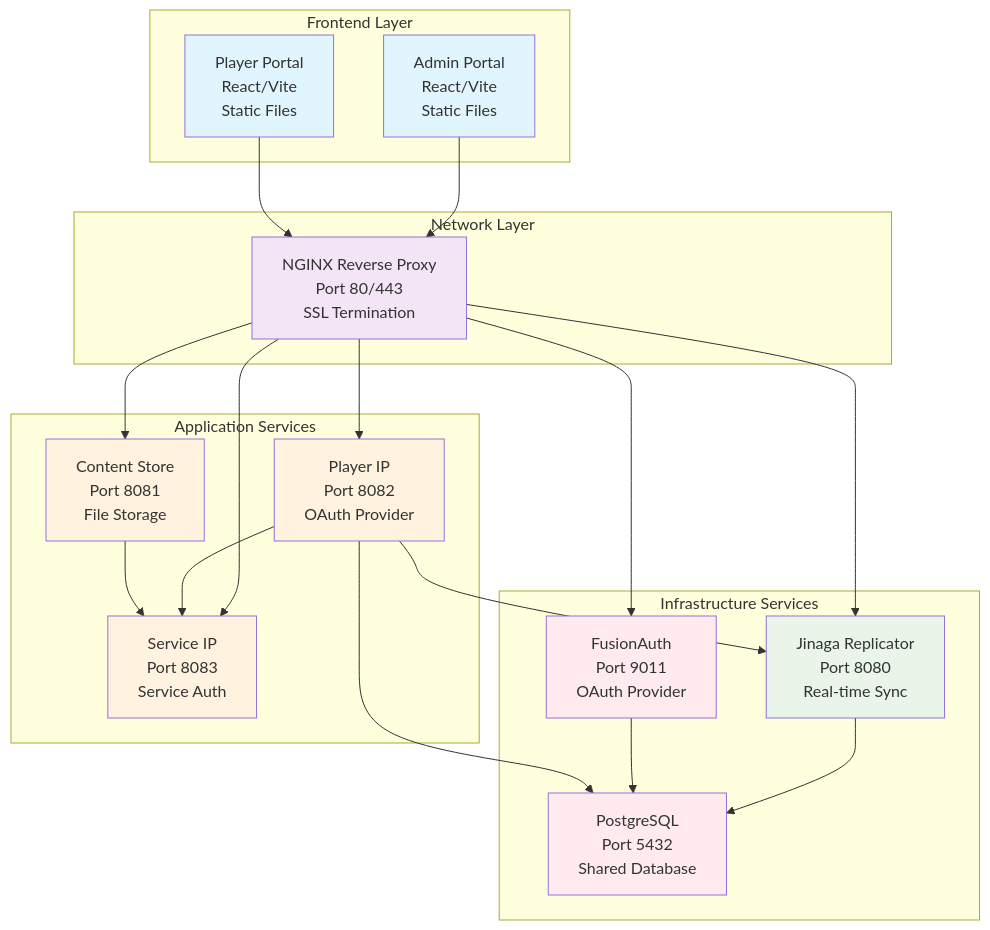
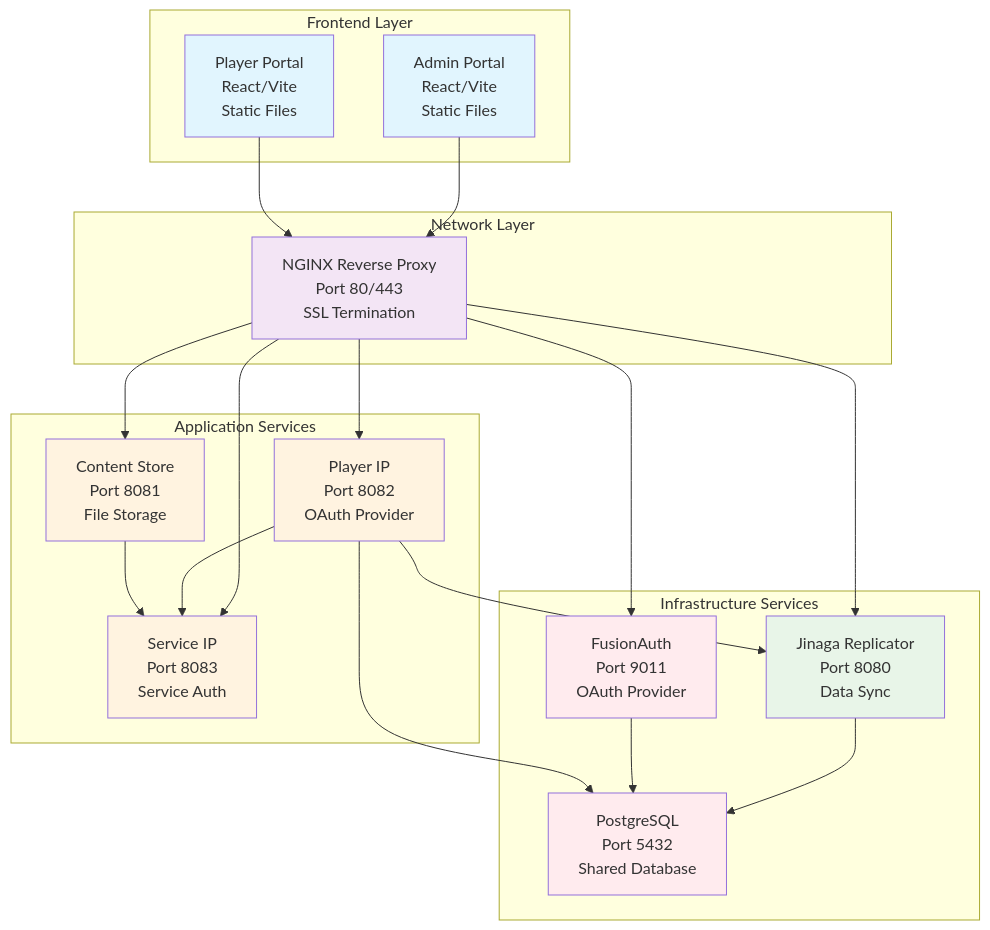
The first of 2 diagrams in docs/getting-started/02-architecture-overview.md (michaellperry/gamehub), drawn with Mermaid before and after one commit. The commit also changed other lines of this file and 23 other files, not shown here.

````diff
--- a/docs/getting-started/02-architecture-overview.md
+++ b/docs/getting-started/02-architecture-overview.md
@@ -48,50 +48,50 @@
 ```mermaid
 graph TD
     subgraph "Frontend Layer"
         A[Admin Portal<br/>React/Vite<br/>Static Files]
         B[Player Portal<br/>React/Vite<br/>Static Files]
     end
     
     subgraph "Network Layer"
         C[NGINX Reverse Proxy<br/>Port 80/443<br/>SSL Termination]
     end
     
     subgraph "Application Services"
         D[Player IP<br/>Port 8082<br/>OAuth Provider]
         E[Content Store<br/>Port 8081<br/>File Storage]
         F[Service IP<br/>Port 8083<br/>Service Auth]
     end
     
     subgraph "Infrastructure Services"
-        G[Jinaga Replicator<br/>Port 8080<br/>Real-time Sync]
+        G[Jinaga Replicator<br/>Port 8080<br/>Data Sync]
         H[PostgreSQL<br/>Port 5432<br/>Shared Database]
         I[FusionAuth<br/>Port 9011<br/>OAuth Provider]
     end
     
     A --> C
     B --> C
     
     C --> D
     C --> E
     C --> F
     C --> G
     C --> I
     
     D --> F
     E --> F
     D --> G
     
     G --> H
     I --> H
     D --> H
     
     style A fill:#e1f5fe
     style B fill:#e1f5fe
     style C fill:#f3e5f5
     style D fill:#fff3e0
     style E fill:#fff3e0
     style F fill:#fff3e0
     style G fill:#e8f5e8
     style H fill:#ffebee
     style I fill:#ffebee
 ```
````
